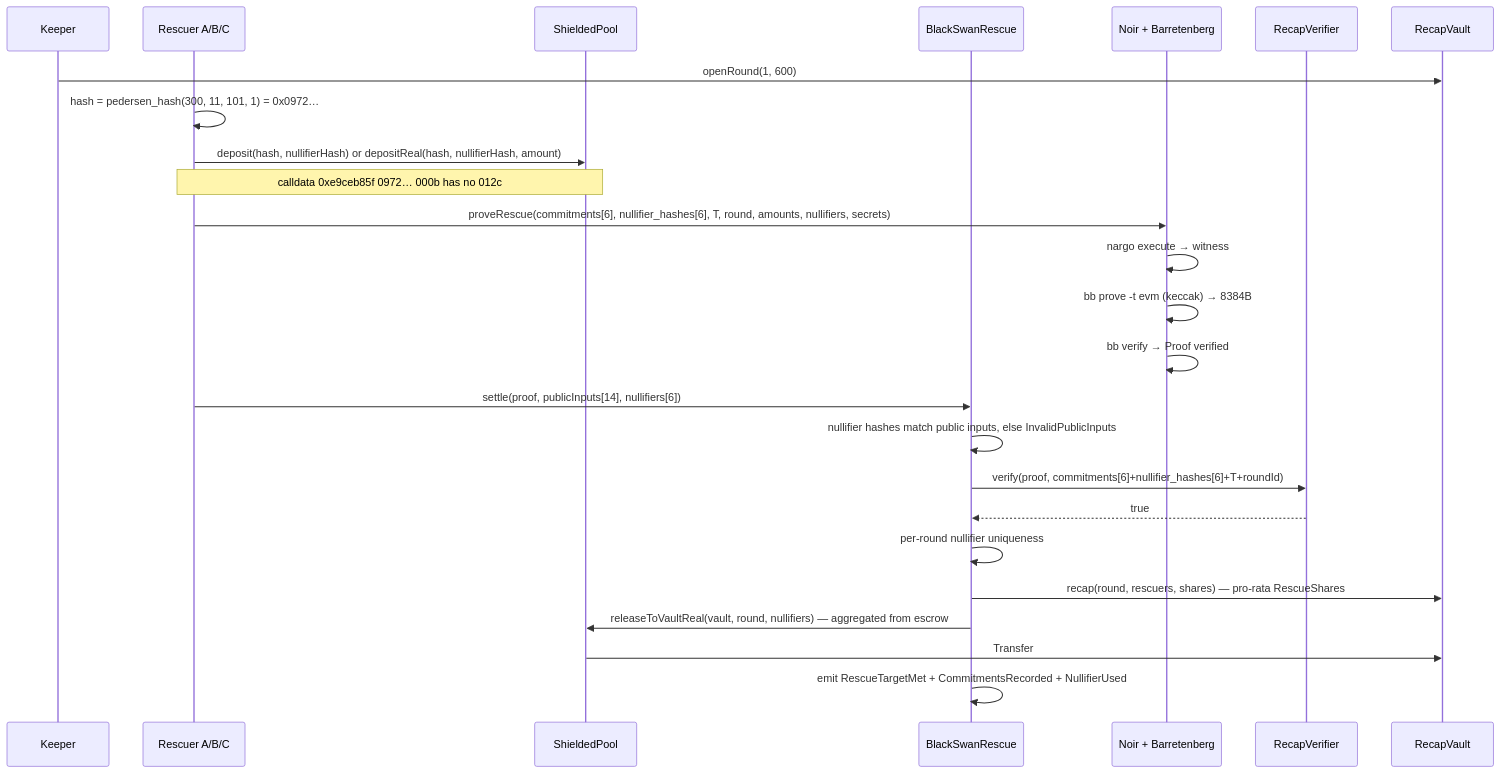
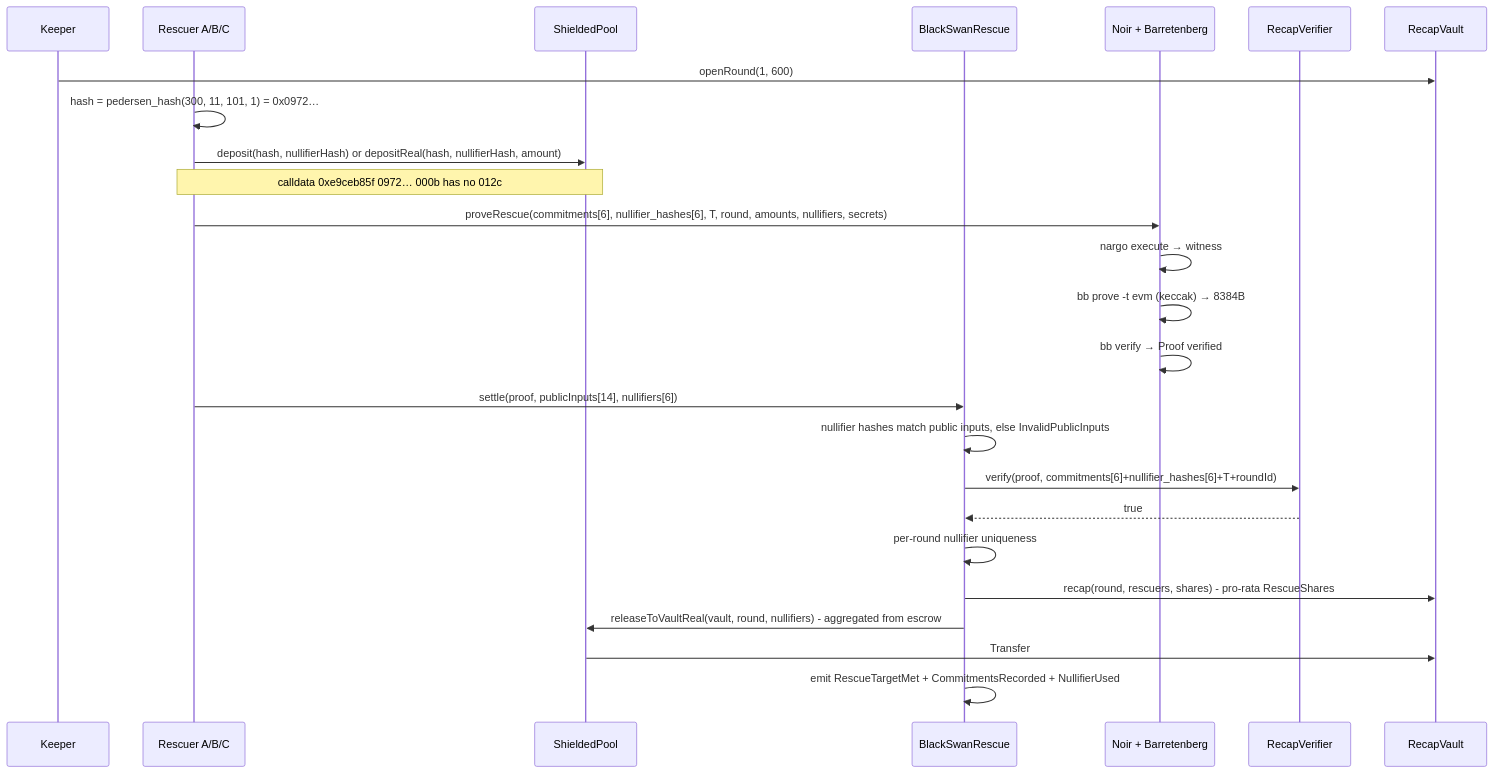
The fourth of 5 diagrams in README.md (sujalmh/blackswan-relay), drawn with Mermaid before and after one commit. The commit also changed other lines of this file and 11 other files, not shown here.

Commit message:
feat: private rescue market with ZK aggregate proof, shielded pool and demo assets

````diff
--- a/README.md
+++ b/README.md
@@ -138,30 +138,30 @@
 ```mermaid
 sequenceDiagram
   participant Keeper
   participant Rescuer as Rescuer A/B/C
   participant Pool as ShieldedPool
   participant Rescue as BlackSwanRescue
   participant BB as Noir + Barretenberg
   participant Verifier as RecapVerifier
   participant Vault as RecapVault
 
   Keeper->>Vault: openRound(1, 600)
   Rescuer->>Rescuer: hash = pedersen_hash(300, 11, 101, 1) = 0x0972…
   Rescuer->>Pool: deposit(hash, nullifierHash) or depositReal(hash, nullifierHash, amount)
   Note over Rescuer,Pool: calldata 0xe9ceb85f 0972… 000b has no 012c
 
   Rescuer->>BB: proveRescue(commitments[6], nullifier_hashes[6], T, round, amounts, nullifiers, secrets)
   BB->>BB: nargo execute → witness
   BB->>BB: bb prove -t evm (keccak) → 8384B
   BB->>BB: bb verify → Proof verified
 
   Rescuer->>Rescue: settle(proof, publicInputs[14], nullifiers[6])
   Rescue->>Rescue: nullifier hashes match public inputs, else InvalidPublicInputs
   Rescue->>Verifier: verify(proof, commitments[6]+nullifier_hashes[6]+T+roundId)
   Verifier-->>Rescue: true
   Rescue->>Rescue: per-round nullifier uniqueness
-  Rescue->>Vault: recap(round, rescuers, shares) — pro-rata RescueShares
-  Rescue->>Pool: releaseToVaultReal(vault, round, nullifiers) — aggregated from escrow
+  Rescue->>Vault: recap(round, rescuers, shares) - pro-rata RescueShares
+  Rescue->>Pool: releaseToVaultReal(vault, round, nullifiers) - aggregated from escrow
   Pool->>Vault: Transfer
   Rescue->>Rescue: emit RescueTargetMet + CommitmentsRecorded + NullifierUsed
 ```
````
